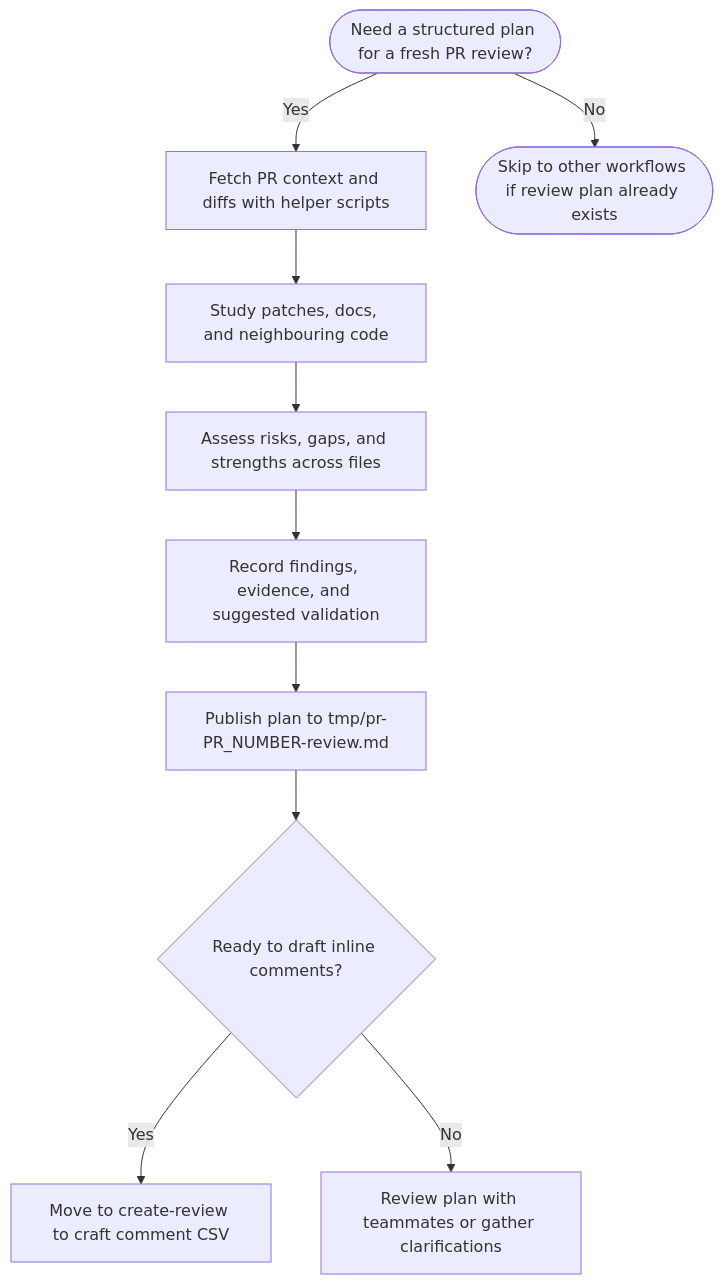
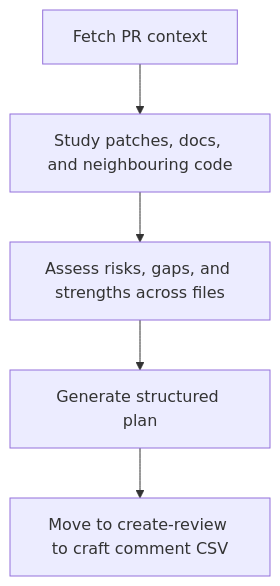
The third of 6 diagrams in README.md (mkaczkowski/ai-command-library), drawn with Mermaid before and after one commit. The commit also changed other lines of this file, not shown here.

Commit message:
docs: enhance flowcharts in README.md for clarity and readability

````diff
--- a/README.md
+++ b/README.md
@@ -111,12 +112,8 @@
 ```mermaid
 flowchart TD
-    Trigger([Need a structured plan for a fresh PR review?]) -->|Yes| Context[Fetch PR context and diffs with helper scripts]
+    Context[Fetch PR context]
     Context --> Inspect[Study patches, docs, and neighbouring code]
     Inspect --> Analyze[Assess risks, gaps, and strengths across files]
-    Analyze --> Document[Record findings, evidence, and suggested validation]
-    Document --> Output[Publish plan to tmp/pr-PR_NUMBER-review.md]
-    Output --> Next{Ready to draft inline comments?}
-    Next -->|Yes| Handoff[Move to create-review to craft comment CSV]
-    Next -->|No| Sync[Review plan with teammates or gather clarifications]
-    Trigger -->|No| Alt([Skip to other workflows if review plan already exists])
+    Analyze --> Output[Generate structured plan]
+    Output --> Handoff[Move to create-review to craft comment CSV]
 ```
````
